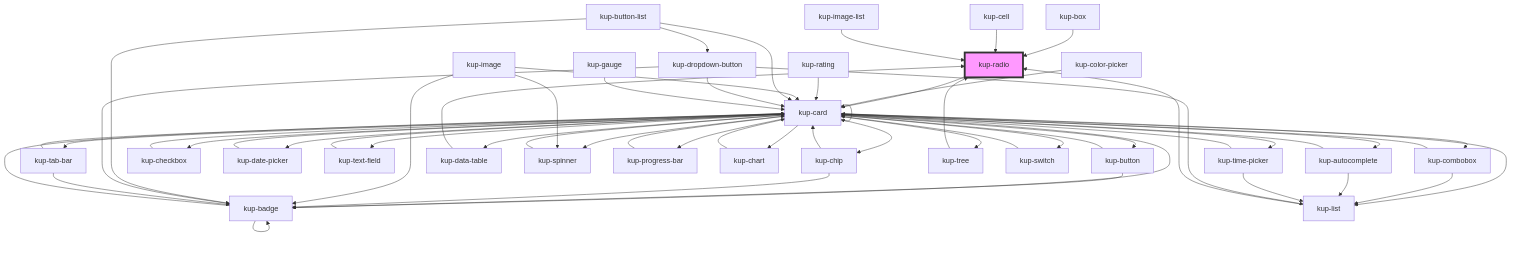
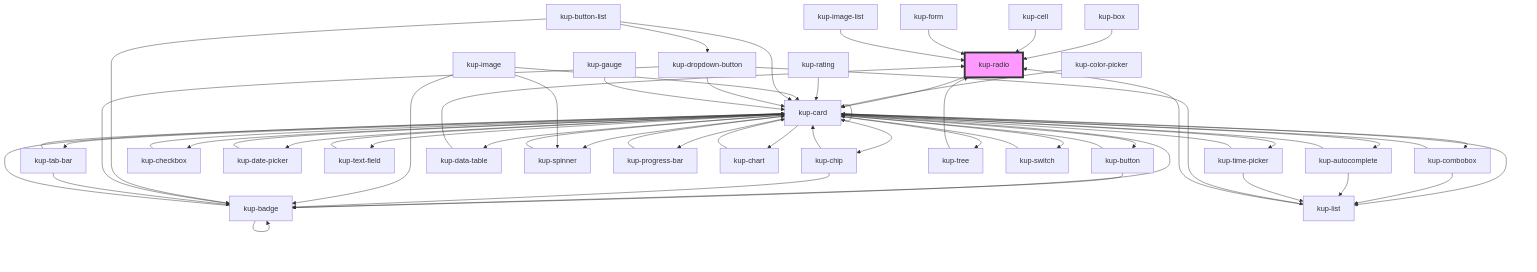
The diagram in packages/ketchup/src/components/kup-radio/readme.md (smeup/ketchup), drawn with Mermaid before and after one commit. The commit also changed other lines of this file and 17 other files, not shown here.

````diff
--- a/packages/ketchup/src/components/kup-radio/readme.md
+++ b/packages/ketchup/src/components/kup-radio/readme.md
@@ -88,62 +89,63 @@
 ```mermaid
 graph TD;
   kup-radio --> kup-card
   kup-card --> kup-badge
   kup-card --> kup-button
   kup-card --> kup-chip
   kup-card --> kup-list
   kup-card --> kup-combobox
   kup-card --> kup-autocomplete
   kup-card --> kup-checkbox
   kup-card --> kup-date-picker
   kup-card --> kup-text-field
   kup-card --> kup-time-picker
   kup-card --> kup-data-table
   kup-card --> kup-spinner
   kup-card --> kup-progress-bar
   kup-card --> kup-chart
   kup-card --> kup-tab-bar
   kup-card --> kup-tree
   kup-card --> kup-switch
   kup-card --> kup-card
   kup-badge --> kup-badge
   kup-badge --> kup-card
   kup-button --> kup-card
   kup-button --> kup-badge
   kup-chip --> kup-card
   kup-chip --> kup-badge
   kup-list --> kup-radio
   kup-combobox --> kup-list
   kup-combobox --> kup-card
   kup-autocomplete --> kup-list
   kup-autocomplete --> kup-card
   kup-checkbox --> kup-card
   kup-date-picker --> kup-card
   kup-text-field --> kup-card
   kup-time-picker --> kup-card
   kup-time-picker --> kup-list
   kup-data-table --> kup-radio
   kup-switch --> kup-card
   kup-color-picker --> kup-card
   kup-rating --> kup-card
   kup-image --> kup-spinner
   kup-image --> kup-card
   kup-image --> kup-badge
   kup-spinner --> kup-card
   kup-button-list --> kup-dropdown-button
   kup-button-list --> kup-card
   kup-button-list --> kup-badge
   kup-dropdown-button --> kup-list
   kup-dropdown-button --> kup-card
   kup-dropdown-button --> kup-badge
   kup-chart --> kup-card
   kup-gauge --> kup-card
   kup-progress-bar --> kup-card
   kup-tab-bar --> kup-card
   kup-tab-bar --> kup-badge
   kup-tree --> kup-radio
   kup-box --> kup-radio
   kup-cell --> kup-radio
+  kup-form --> kup-radio
   kup-image-list --> kup-radio
   style kup-radio fill:#f9f,stroke:#333,stroke-width:4px
 ```
````
